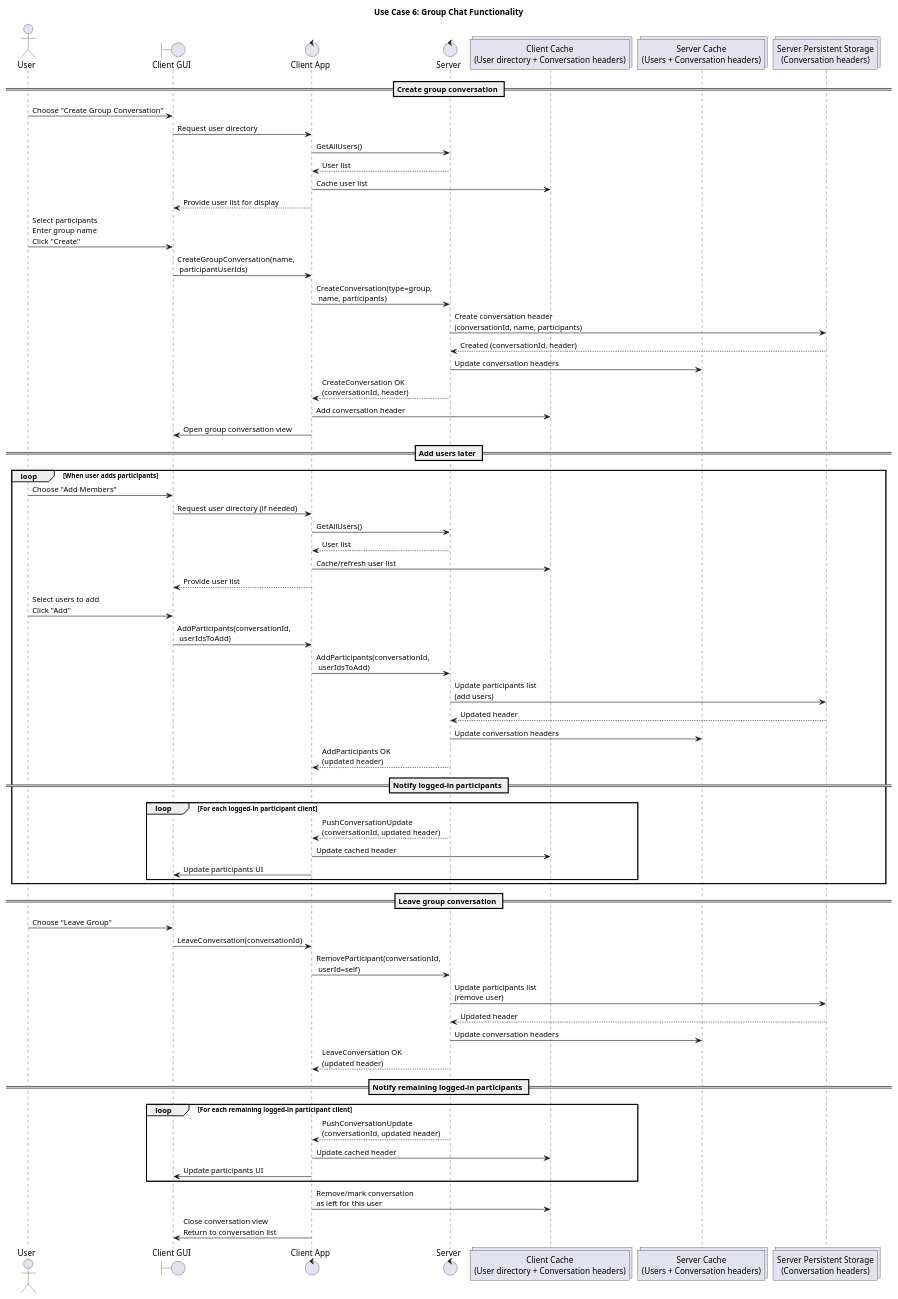
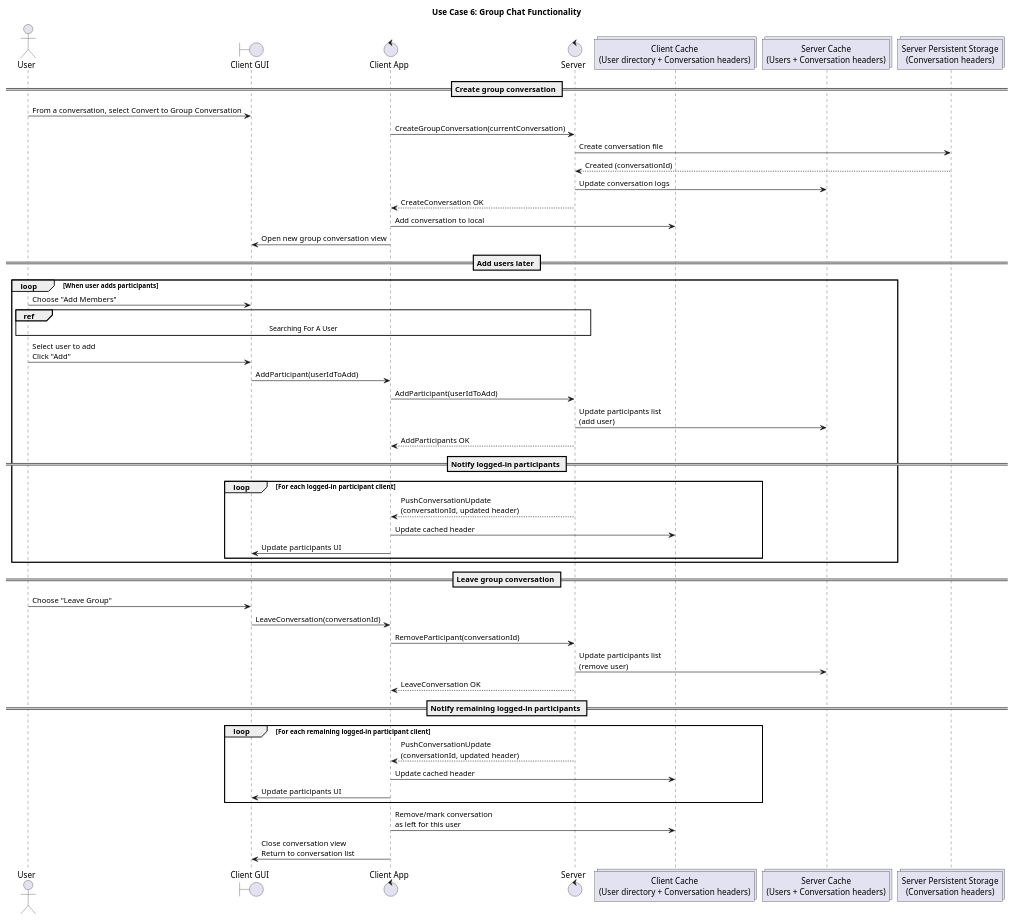
The diagram in docs/diagrams/SequenceDiagrams/6-GroupChatFunctions.puml (NubezVilla/CS_401_Group_1), drawn with PlantUML before and after one commit.

Commit message:
Refactor group conversation sequence diagram

```diff
--- a/docs/diagrams/SequenceDiagrams/6-GroupChatFunctions.puml
+++ b/docs/diagrams/SequenceDiagrams/6-GroupChatFunctions.puml
@@ -1,78 +1,61 @@
 @startuml
 title Use Case 6: Group Chat Functionality
 
 actor User
 boundary GUI as "Client GUI"
 control Client as "Client App"
 control Server as "Server"
 collections ClientCache as "Client Cache\n(User directory + Conversation headers)"
 collections Cache as "Server Cache\n(Users + Conversation headers)"
 collections Store as "Server Persistent Storage\n(Conversation headers)"
 
 == Create group conversation ==
-User -> GUI: Choose "Create Group Conversation"
-GUI -> Client: Request user directory
-Client -> Server: GetAllUsers()
-Server --> Client: User list
-Client -> ClientCache: Cache user list
-Client --> GUI: Provide user list for display
+User -> GUI: From a conversation, select Convert to Group Conversation
 
-User -> GUI: Select participants\nEnter group name\nClick "Create"
-GUI -> Client: CreateGroupConversation(name,\n participantUserIds)
+Client -> Server: CreateGroupConversation(currentConversation)
+Server -> Store: Create conversation file
+Store --> Server: Created (conversationId)
+Server -> Cache: Update conversation logs
+Server --> Client: CreateConversation OK
 
-Client -> Server: CreateConversation(type=group,\n name, participants)
-Server -> Store: Create conversation header\n(conversationId, name, participants)
-Store --> Server: Created (conversationId, header)
-Server -> Cache: Update conversation headers
-Server --> Client: CreateConversation OK\n(conversationId, header)
-
-Client -> ClientCache: Add conversation header
-Client -> GUI: Open group conversation view
+Client -> ClientCache: Add conversation to local
+Client -> GUI: Open new group conversation view
 
 == Add users later ==
 loop When user adds participants
   User -> GUI: Choose "Add Members"
-  GUI -> Client: Request user directory (if needed)
-  Client -> Server: GetAllUsers()
-  Server --> Client: User list
-  Client -> ClientCache: Cache/refresh user list
-  Client --> GUI: Provide user list
+  ref over User, GUI, Client, Server: Searching For A User
+  User -> GUI: Select user to add\nClick "Add"
+  GUI -> Client: AddParticipant(userIdToAdd)
+  Client -> Server: AddParticipant(userIdToAdd)
 
-  User -> GUI: Select users to add\nClick "Add"
-  GUI -> Client: AddParticipants(conversationId,\n userIdsToAdd)
-  Client -> Server: AddParticipants(conversationId,\n userIdsToAdd)
+  Server -> Cache: Update participants list\n(add user)
 
-  Server -> Store: Update participants list\n(add users)
-  Store --> Server: Updated header
-  Server -> Cache: Update conversation headers
-
-  Server --> Client: AddParticipants OK\n(updated header)
+  Server --> Client: AddParticipants OK
 
   == Notify logged-in participants ==
   loop For each logged-in participant client
     Server --> Client: PushConversationUpdate\n(conversationId, updated header)
     Client -> ClientCache: Update cached header
     Client -> GUI: Update participants UI
   end
 end
 
 == Leave group conversation ==
 User -> GUI: Choose "Leave Group"
 GUI -> Client: LeaveConversation(conversationId)
-Client -> Server: RemoveParticipant(conversationId,\n userId=self)
+Client -> Server: RemoveParticipant(conversationId)
 
-Server -> Store: Update participants list\n(remove user)
-Store --> Server: Updated header
-Server -> Cache: Update conversation headers
-Server --> Client: LeaveConversation OK\n(updated header)
+Server -> Cache: Update participants list\n(remove user)
+Server --> Client: LeaveConversation OK
 
 == Notify remaining logged-in participants ==
 loop For each remaining logged-in participant client
   Server --> Client: PushConversationUpdate\n(conversationId, updated header)
   Client -> ClientCache: Update cached header
   Client -> GUI: Update participants UI
 end
 
 Client -> ClientCache: Remove/mark conversation\nas left for this user
 Client -> GUI: Close conversation view\nReturn to conversation list
 @enduml
```
